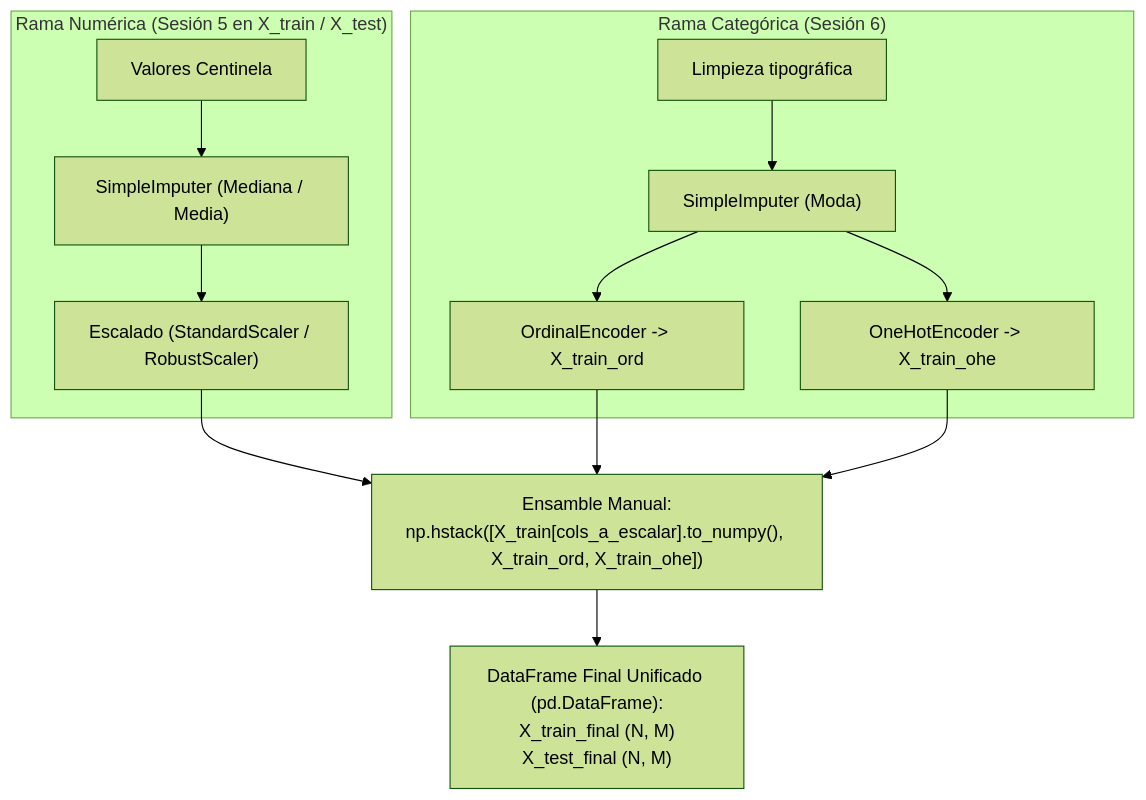
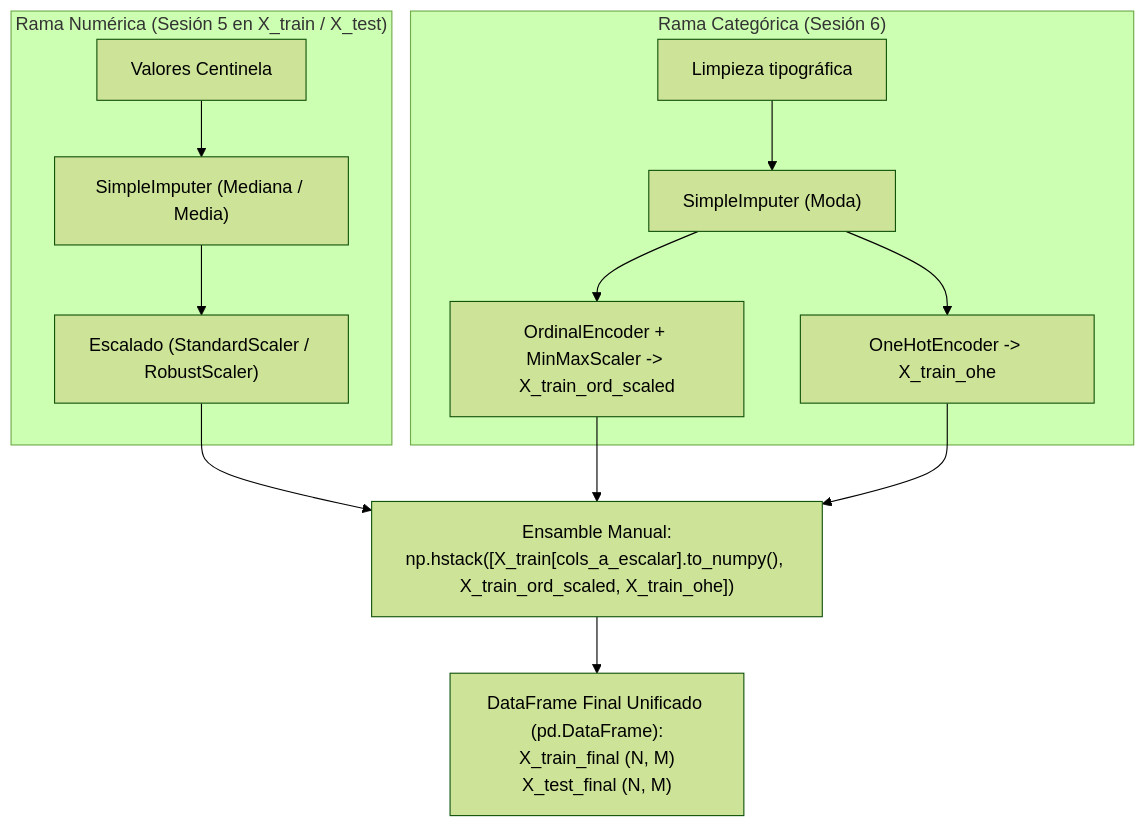
Before and after one commit to acamarac02/DevTacora: the second of 2 diagrams in docs/02_pia_2627/ut3_preparacion_analisis_datos/6-codificacion-categorica-ensamble.md, drawn with Mermaid (forest theme). The commit also changed other lines of this file and 1 other file, not shown here.

````diff
--- a/docs/02_pia_2627/ut3_preparacion_analisis_datos/6-codificacion-categorica-ensamble.md
+++ b/docs/02_pia_2627/ut3_preparacion_analisis_datos/6-codificacion-categorica-ensamble.md
@@ -332,19 +358,19 @@
 ```mermaid
 flowchart TD
     subgraph RamaNumerica ["Rama Numérica (Sesión 5 en X_train / X_test)"]
         N1["Valores Centinela"] --> N2["SimpleImputer (Mediana / Media)"]
         N2 --> N4["Escalado (StandardScaler / RobustScaler)"]
     end
 
     subgraph RamaCategorica ["Rama Categórica (Sesión 6)"]
         C1["Limpieza tipográfica"] --> C2["SimpleImputer (Moda)"]
-        C2 --> C3["OrdinalEncoder -> X_train_ord"]
+        C2 --> C3["OrdinalEncoder + MinMaxScaler -> X_train_ord_scaled"]
         C2 --> C4["OneHotEncoder -> X_train_ohe"]
     end
 
-    N4 --> Ensamble["Ensamble Manual:<br/>np.hstack([X_train[cols_a_escalar].to_numpy(), X_train_ord, X_train_ohe])"]
+    N4 --> Ensamble["Ensamble Manual:<br/>np.hstack([X_train[cols_a_escalar].to_numpy(), X_train_ord_scaled, X_train_ohe])"]
     C3 --> Ensamble
     C4 --> Ensamble
     
     Ensamble --> MatrizFinal["DataFrame Final Unificado (pd.DataFrame):<br/>X_train_final (N, M)<br/>X_test_final (N, M)"]
 ```
````
